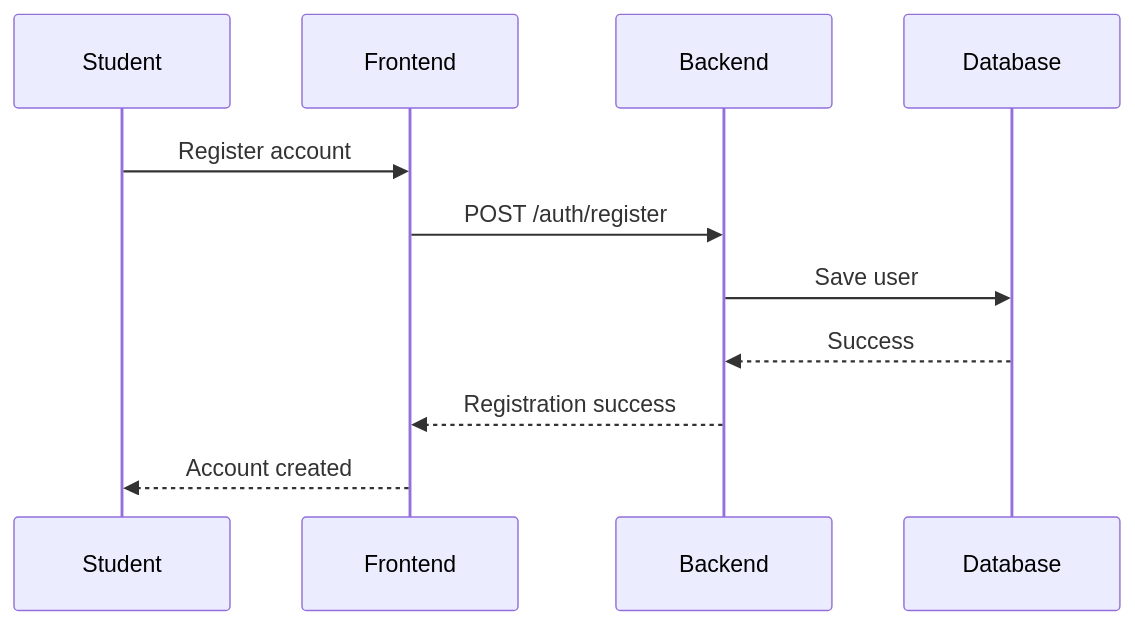
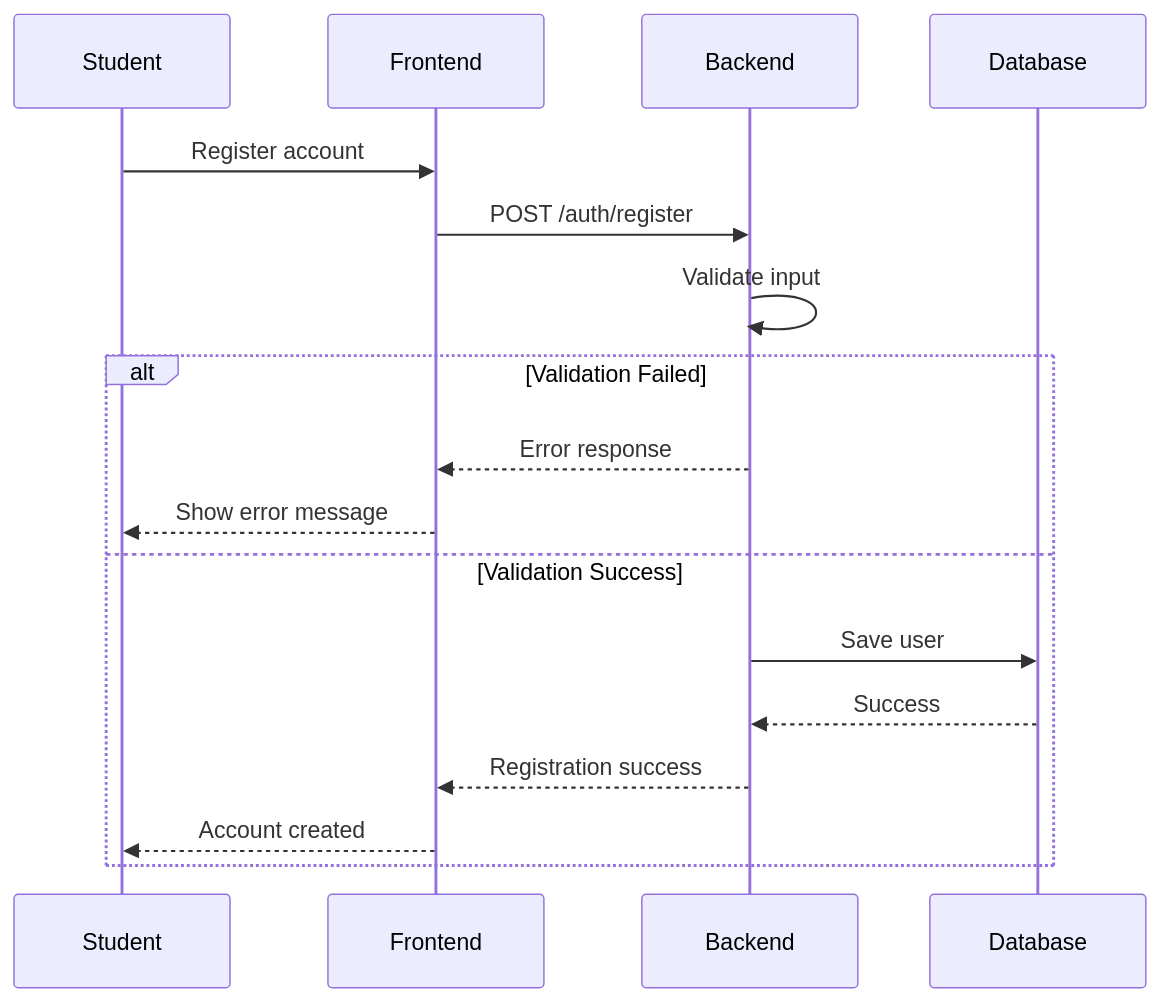
Before and after one commit to Fahim-004/Team_04_JavaFS: the first of 4 diagrams in instructions/Documentation/Sequence_diagrams.md, drawn with Mermaid. The commit also changed other lines of this file and 5 other files, not shown here.

````diff
--- a/instructions/Documentation/Sequence_diagrams.md
+++ b/instructions/Documentation/Sequence_diagrams.md
@@ -10,15 +11,23 @@
 ```mermaid
 sequenceDiagram
 
     participant Student
     participant Frontend
     participant Backend
     participant Database
 
     Student->>Frontend: Register account
     Frontend->>Backend: POST /auth/register
-    Backend->>Database: Save user
-    Database-->>Backend: Success
-    Backend-->>Frontend: Registration success
-    Frontend-->>Student: Account created
+
+    Backend->>Backend: Validate input
+
+    alt Validation Failed
+        Backend-->>Frontend: Error response
+        Frontend-->>Student: Show error message
+    else Validation Success
+        Backend->>Database: Save user
+        Database-->>Backend: Success
+        Backend-->>Frontend: Registration success
+        Frontend-->>Student: Account created
+    end
 ```
````
